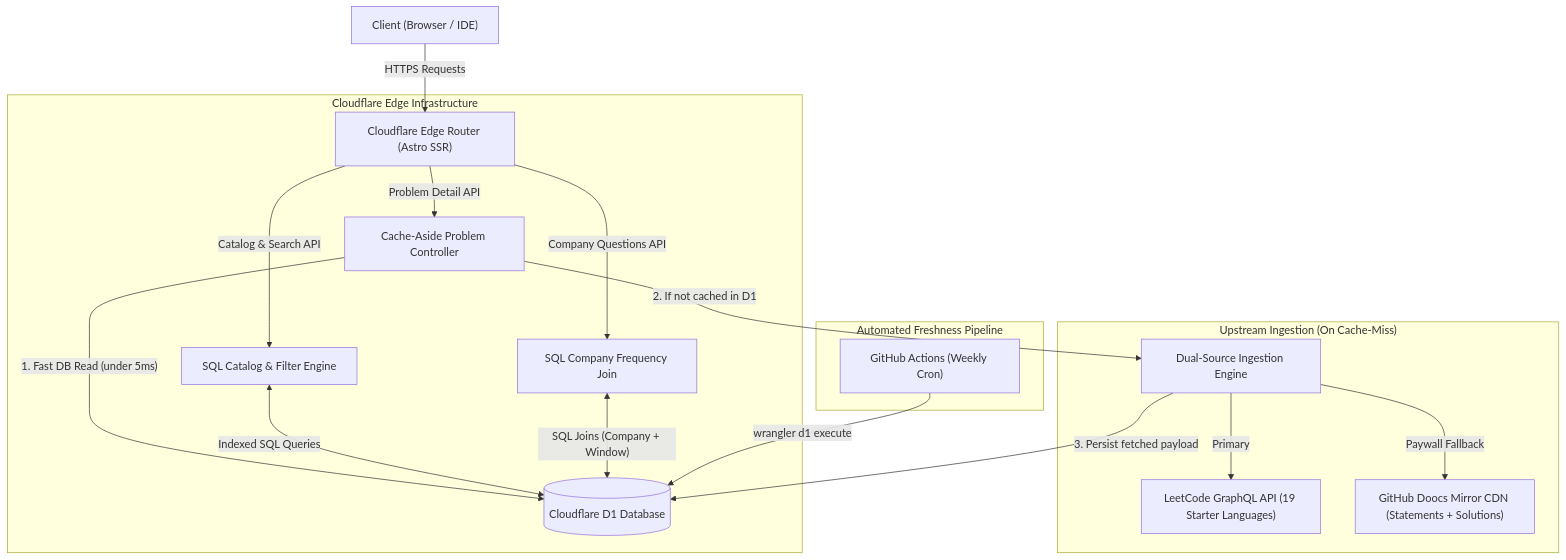
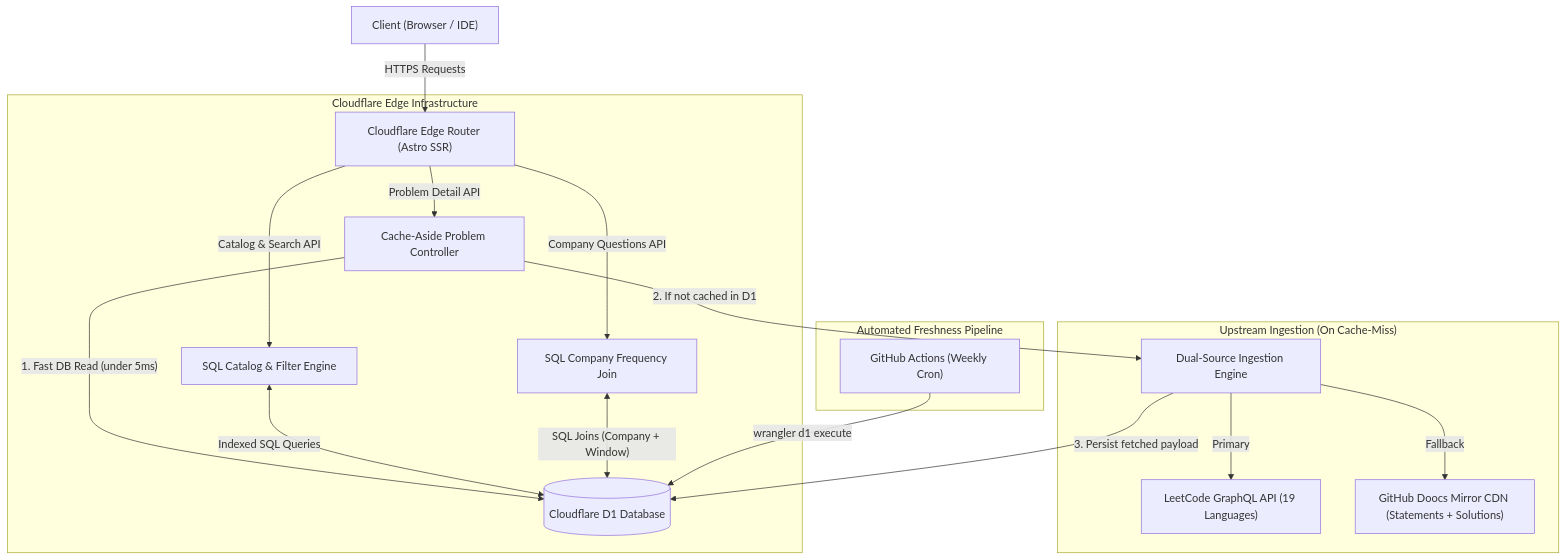
One commit to dev-ansung/leetbank changed the second of 2 diagrams in README.md. Above: the diagram before and after it, drawn with Mermaid. The commit also changed other lines of this file, not shown here.

Commit message:
docs(readme): polish structure with features, CUJ sequence diagram, HLD architecture, and API reference

````diff
--- a/README.md
+++ b/README.md
@@ -17,25 +69,25 @@
 ```mermaid
 flowchart TD
     User["Client (Browser / IDE)"] -->|"HTTPS Requests"| EdgeRouter["Cloudflare Edge Router (Astro SSR)"]
 
     subgraph CF_Edge["Cloudflare Edge Infrastructure"]
         EdgeRouter -->|"Catalog & Search API"| CatalogQuery["SQL Catalog & Filter Engine"]
         EdgeRouter -->|"Company Questions API"| CompanyQuery["SQL Company Frequency Join"]
         EdgeRouter -->|"Problem Detail API"| CacheAside["Cache-Aside Problem Controller"]
         
         CacheAside -->|"1. Fast DB Read (under 5ms)"| D1_DB[("Cloudflare D1 Database")]
         CatalogQuery <-->|"Indexed SQL Queries"| D1_DB
         CompanyQuery <-->|"SQL Joins (Company + Window)"| D1_DB
     end
 
     subgraph Upstream_Ingestion["Upstream Ingestion (On Cache-Miss)"]
         CacheAside -->|"2. If not cached in D1"| IngestEngine["Dual-Source Ingestion Engine"]
-        IngestEngine -->|"Primary"| LC_GQL["LeetCode GraphQL API (19 Starter Languages)"]
-        IngestEngine -->|"Paywall Fallback"| Doocs_CDN["GitHub Doocs Mirror CDN (Statements + Solutions)"]
+        IngestEngine -->|"Primary"| LC_GQL["LeetCode GraphQL API (19 Languages)"]
+        IngestEngine -->|"Fallback"| Doocs_CDN["GitHub Doocs Mirror CDN (Statements + Solutions)"]
         IngestEngine -->|"3. Persist fetched payload"| D1_DB
     end
 
     subgraph CI_CD["Automated Freshness Pipeline"]
-        GHA["GitHub Actions (Weekly Cron)"] -->|"wrangler d1 execute"| D1_DB
+        GHA["GitHub Actions (Weekly Cron)" ] -->|"wrangler d1 execute"| D1_DB
     end
 ```
````
